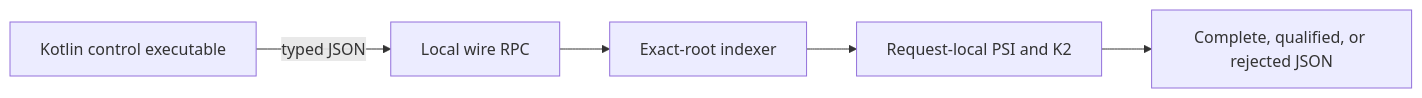
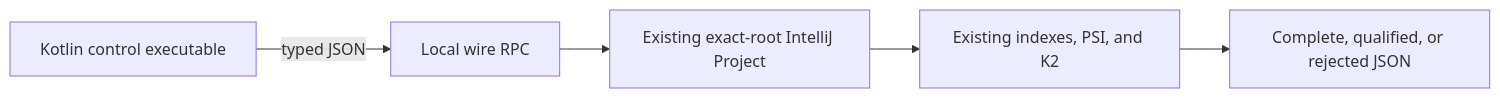
The diagram in README.md (amichne/kast), drawn with Mermaid before and after one commit. The commit also changed other lines of this file and 51 other files, not shown here.

````diff
--- a/README.md
+++ b/README.md
@@ -76,7 +77,7 @@
 ```mermaid
 flowchart LR
 	CLI["Kotlin control executable"] -->|typed JSON| RPC["Local wire RPC"]
-	RPC --> INDEXER["Exact-root indexer"]
-	INDEXER --> K2["Request-local PSI and K2"]
+	RPC --> IDE["Existing exact-root IntelliJ Project"]
+	IDE --> K2["Existing indexes, PSI, and K2"]
 	K2 --> RESULT["Complete, qualified, or rejected JSON"]
 ```
````
